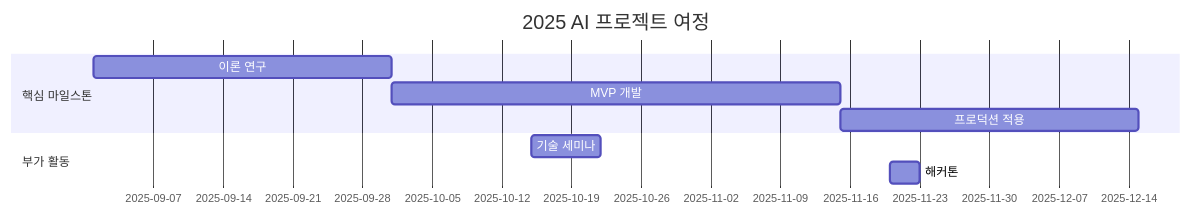
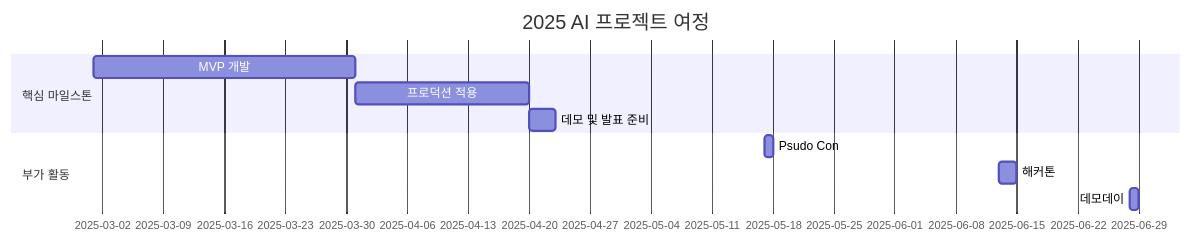
Before and after one commit to Pseudo-Lab/JobPT: the diagram in README.md, drawn with Mermaid. The commit also changed other lines of this file, not shown here.

````diff
--- a/README.md
+++ b/README.md
@@ -40,11 +45,12 @@
 ```mermaid
 gantt
     title 2025 AI 프로젝트 여정
     section 핵심 마일스톤
-    이론 연구       :a1, 2025-09-01, 30d
-    MVP 개발        :a2, after a1, 45d
-    프로덕션 적용    :a3, after a2, 30d
+    MVP 개발       :a1, 2025-03-01, 30d
+    프로덕션 적용        :a2, after a1, 20d
+    데모 및 발표 준비    :a3, after a2, 3d
     section 부가 활동
-    기술 세미나     :2025-10-15, 7d
-    해커톤         :2025-11-20, 3d
+    Psudo Con          :2025-05-17, 1d 
+    해커톤         :2025-06-13, 2d
+    데모데이     :2025-06-28, 1d
 ```
````
